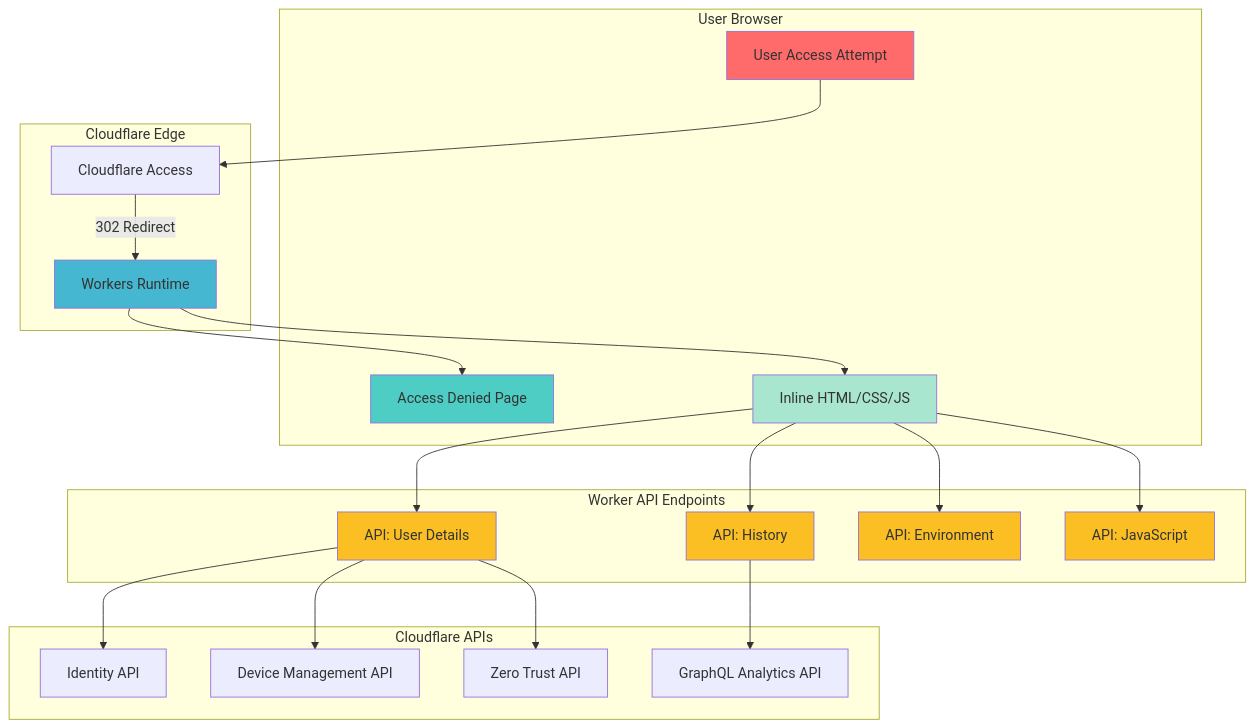
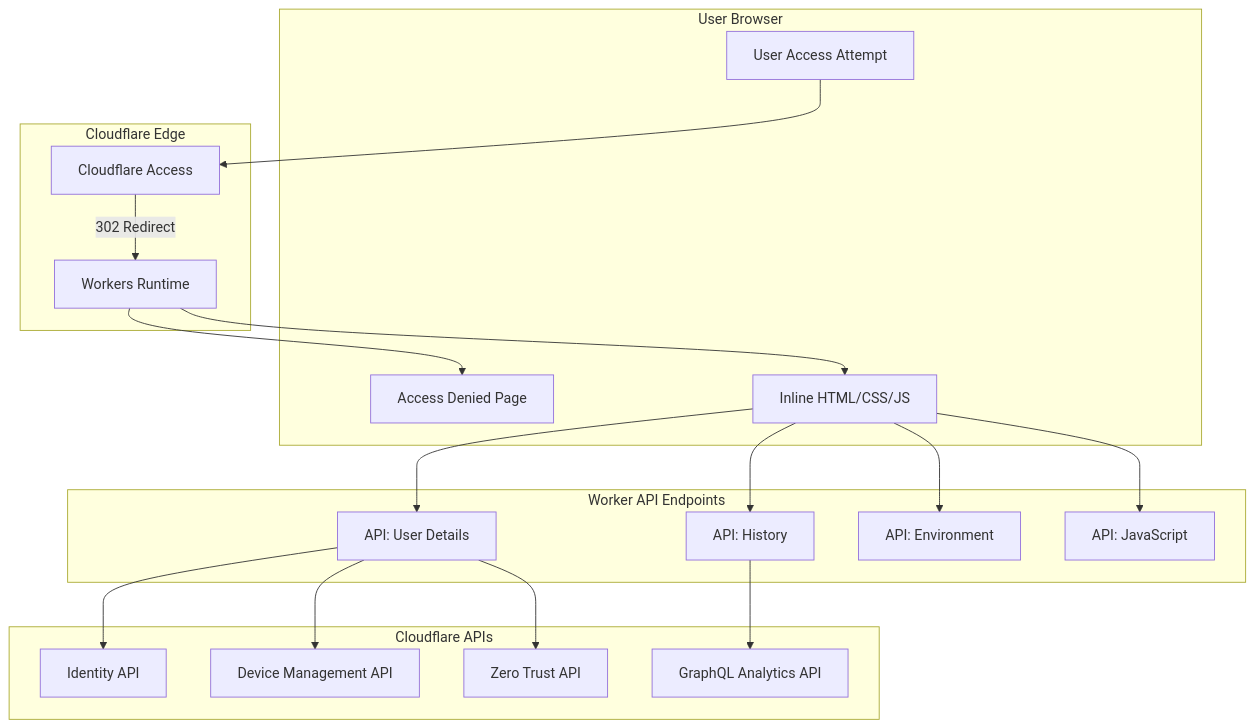
Before and after one commit to macharpe/cloudflare-access-denied-info-page: the diagram in README.md, drawn with Mermaid. The commit also changed 1 other file, not shown here.

Commit message:
🔧 chore: update license to GPL-3.0 and improve documentation readability
- Change project license from Apache 2.0 to GPL-3.0 for stronger copyleft protection
- Remove color styling from mermaid architecture diagram to improve readability
- Maintain all existing functionality while enhancing documentation accessibility

````diff
--- a/README.md
+++ b/README.md
@@ -42,51 +42,42 @@
 ```mermaid
 graph TB
     subgraph "User Browser"
         A[User Access Attempt]
         B[Access Denied Page]
         C[Inline HTML/CSS/JS]
     end
 
     subgraph "Cloudflare Edge"
         D[Cloudflare Access]
         E[Workers Runtime]
     end
 
     subgraph "Cloudflare APIs"
         G[Identity API]
         H[Device Management API]
         I[GraphQL Analytics API]
         J[Zero Trust API]
     end
 
     subgraph "Worker API Endpoints"
         K["API: User Details"]
         L["API: History"]
         M["API: Environment"]
         N["API: JavaScript"]
     end
 
     A --> D
     D -->|302 Redirect| E
     E --> B
     E --> C
 
     C --> K
     C --> L
     C --> M
     C --> N
 
     K --> G
     K --> H
     K --> J
     L --> I
-
-    style A fill:#ff6b6b
-    style B fill:#4ecdc4
-    style E fill:#45b7d1
-    style C fill:#a8e6cf
-    style K fill:#fbbf24
-    style L fill:#fbbf24
-    style M fill:#fbbf24
-    style N fill:#fbbf24
 ```
````
